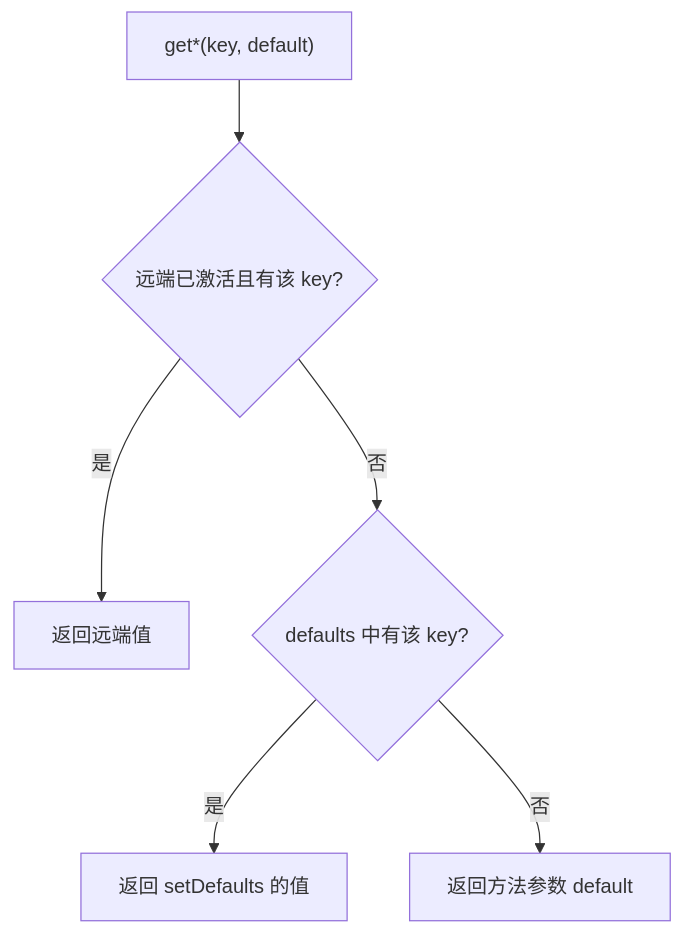
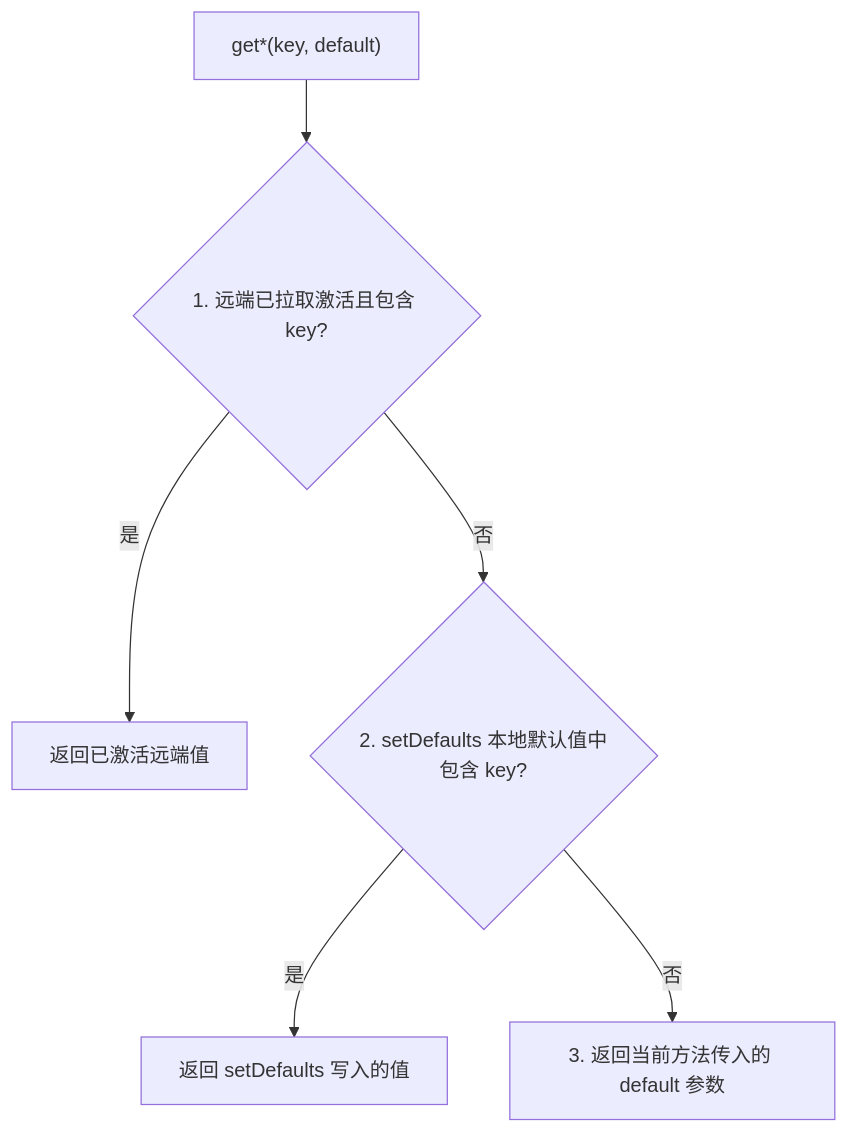
Before and after one commit to e-hai/AbTestingKit-iOS: the second of 2 diagrams in README.md, drawn with Mermaid. The commit also changed other lines of this file and 1 other file, not shown here.

````diff
--- a/README.md
+++ b/README.md
@@ -55,8 +60,8 @@
 ```mermaid
 flowchart TD
-  Start["get*(key, default)"] --> Remote{"远端已激活且有该 key?"}
-  Remote -->|是| UseRemote["返回远端值"]
-  Remote -->|否| Defaults{"defaults 中有该 key?"}
-  Defaults -->|是| UseDefaults["返回 setDefaults 的值"]
-  Defaults -->|否| UseParam["返回方法参数 default"]
+  Start["get*(key, default)"] --> Remote{"1. 远端已拉取激活且包含 key?"}
+  Remote -->|是| UseRemote["返回已激活远端值"]
+  Remote -->|否| Defaults{"2. setDefaults 本地默认值中包含 key?"}
+  Defaults -->|是| UseDefaults["返回 setDefaults 写入的值"]
+  Defaults -->|否| UseParam["3. 返回当前方法传入的 default 参数"]
 ```
````
